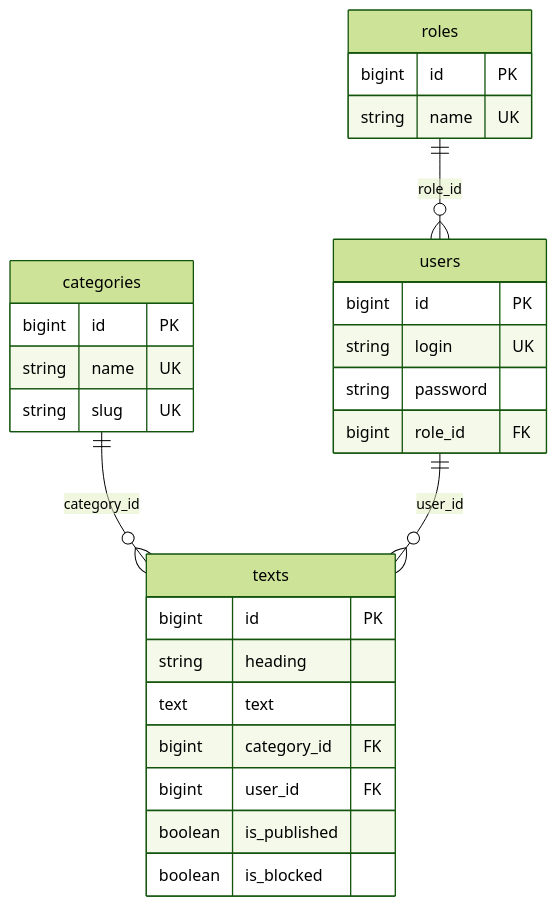
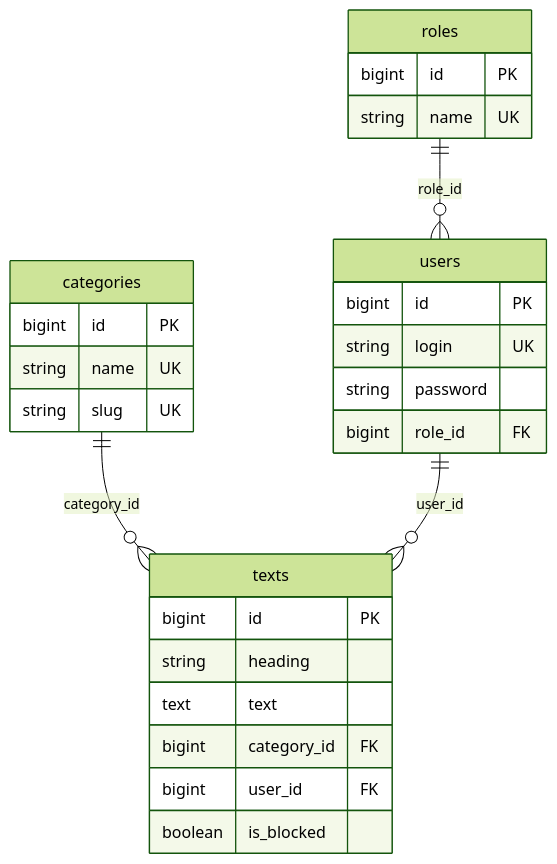
The diagram in README.md (Ncuha01-cloud/technovzglyad), drawn with Mermaid (forest theme) before and after one commit. The commit also changed other lines of this file and 44 other files, not shown here.

````diff
--- a/README.md
+++ b/README.md
@@ -50,31 +50,30 @@
 ```mermaid
 erDiagram
     roles ||--o{ users : "role_id"
     categories ||--o{ texts : "category_id"
     users ||--o{ texts : "user_id"
 
     roles {
         bigint id PK
         string name UK
     }
     categories {
         bigint id PK
         string name UK
         string slug UK
     }
     users {
         bigint id PK
         string login UK
         string password
         bigint role_id FK
     }
     texts {
         bigint id PK
         string heading
         text text
         bigint category_id FK
         bigint user_id FK
-        boolean is_published
         boolean is_blocked
     }
 ```
````
